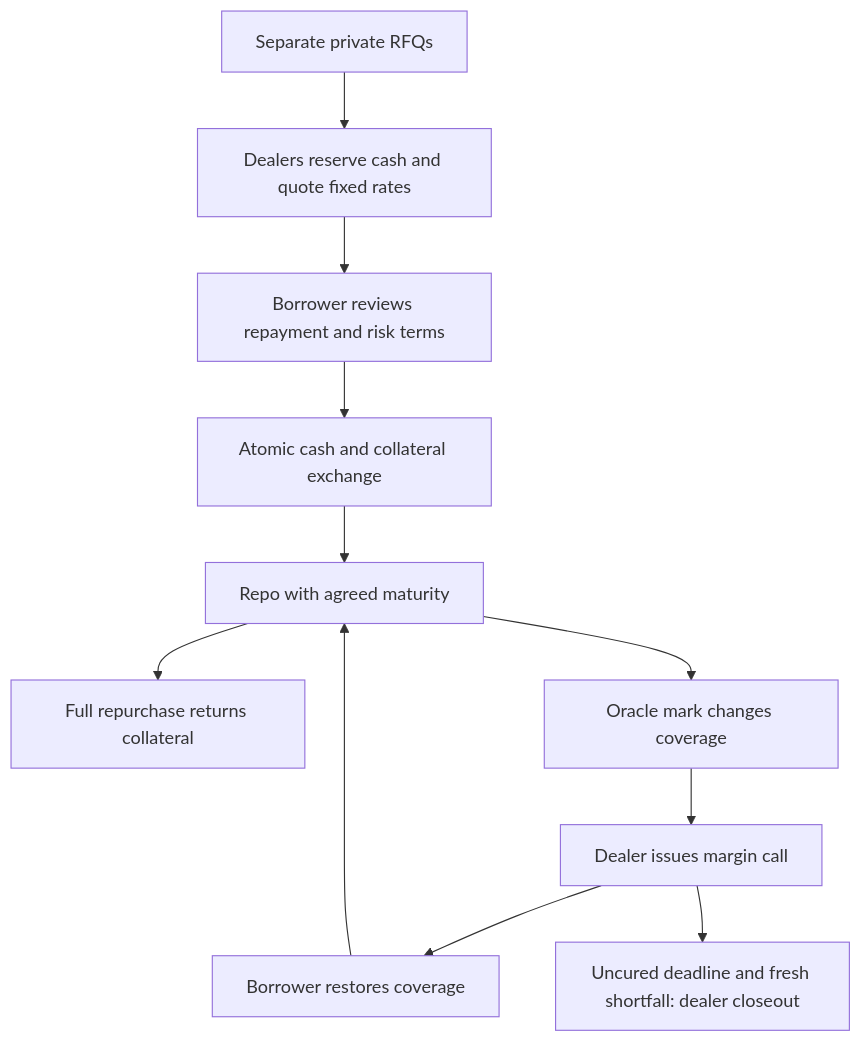
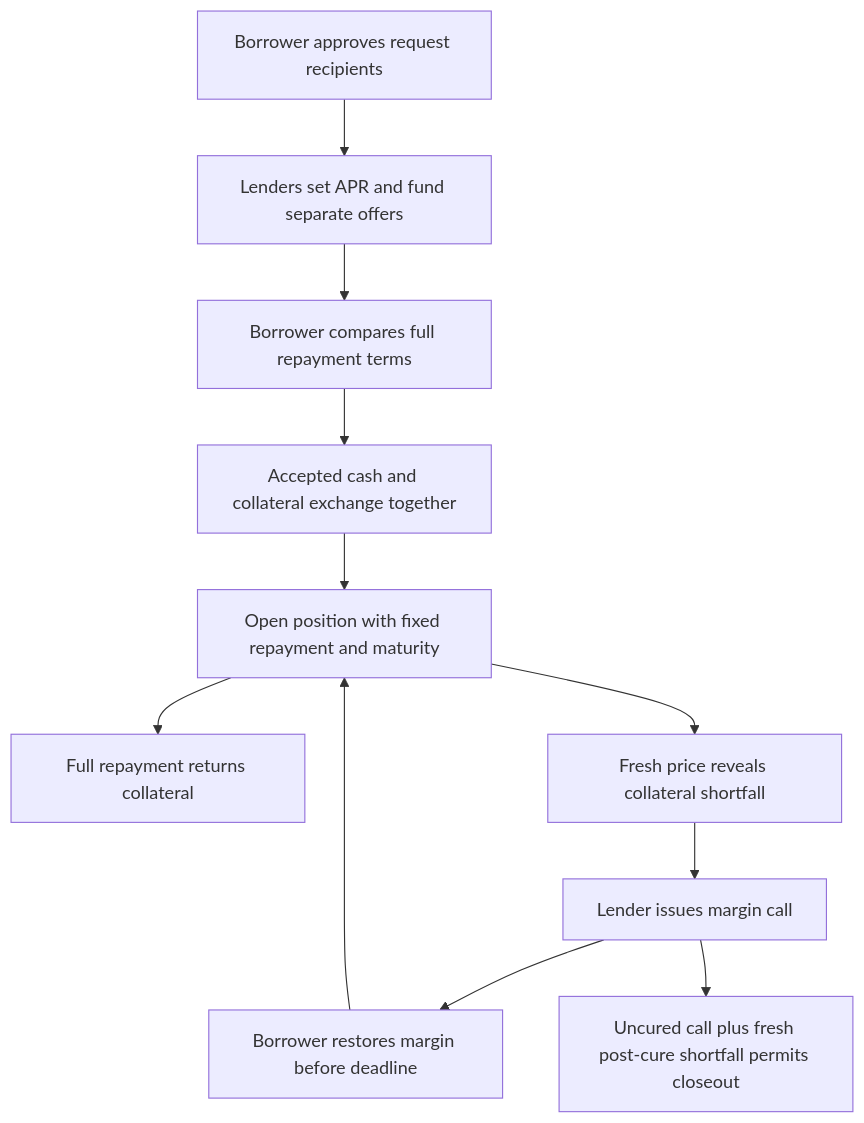
The diagram in docs/gitbook/how-it-works/README.md (EndPx/symbolon), drawn with Mermaid before and after one commit. The commit also changed other lines of this file and 45 other files, not shown here.

Commit message:
Rewrite Symbolon docs around role guides, examples and privacy diagrams

````diff
--- a/docs/gitbook/how-it-works/README.md
+++ b/docs/gitbook/how-it-works/README.md
@@ -7,13 +13,13 @@
 ```mermaid
 flowchart TB
-    RFQ["Separate private RFQs"] --> Quote["Dealers reserve cash and quote fixed rates"]
-    Quote --> Review["Borrower reviews repayment and risk terms"]
-    Review --> Settle["Atomic cash and collateral exchange"]
-    Settle --> Position["Repo with agreed maturity"]
-    Position --> Repay["Full repurchase returns collateral"]
-    Position --> Mark["Oracle mark changes coverage"]
-    Mark --> Call["Dealer issues margin call"]
-    Call --> Cure["Borrower restores coverage"]
-    Cure --> Position
-    Call --> Closeout["Uncured deadline and fresh shortfall: dealer closeout"]
+    Request["Borrower approves request recipients"] --> Offers["Lenders set APR and fund separate offers"]
+    Offers --> Compare["Borrower compares full repayment terms"]
+    Compare --> Settle["Accepted cash and collateral exchange together"]
+    Settle --> Position["Open position with fixed repayment and maturity"]
+    Position --> Repay["Full repayment returns collateral"]
+    Position --> Risk["Fresh price reveals collateral shortfall"]
+    Risk --> Call["Lender issues margin call"]
+    Call --> Restore["Borrower restores margin before deadline"]
+    Restore --> Position
+    Call --> Closeout["Uncured call plus fresh post-cure shortfall permits closeout"]
 ```
````
